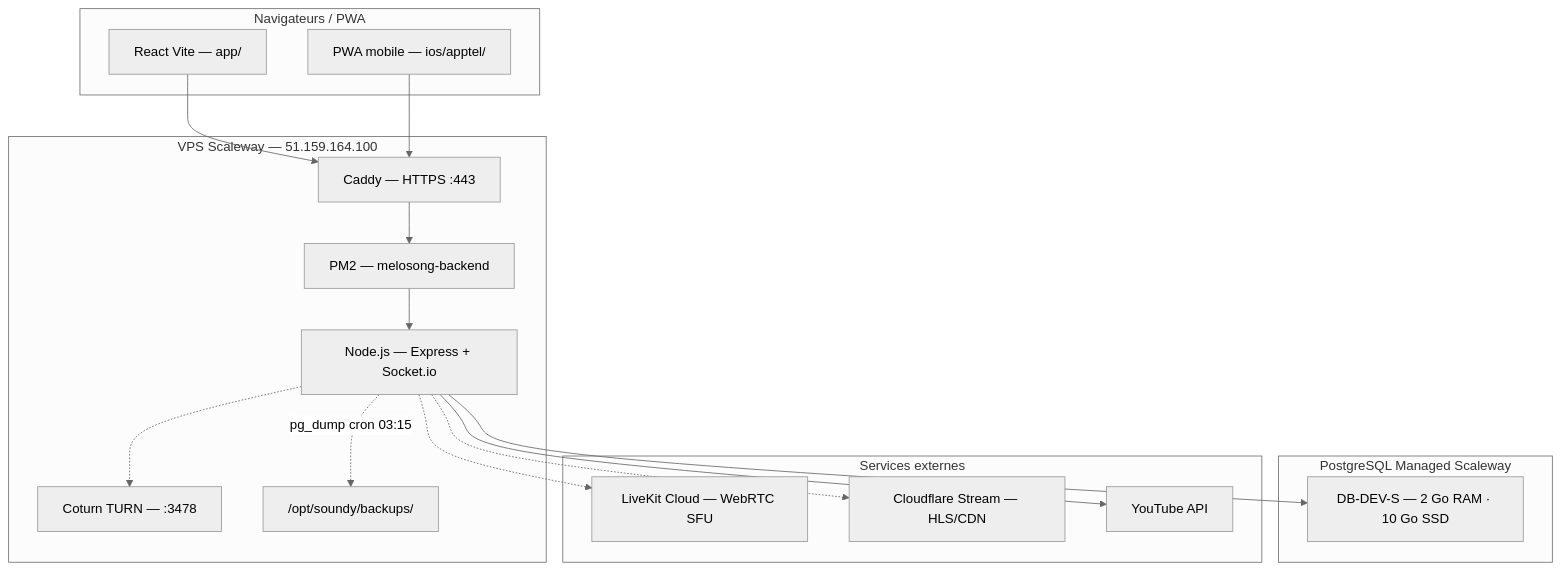
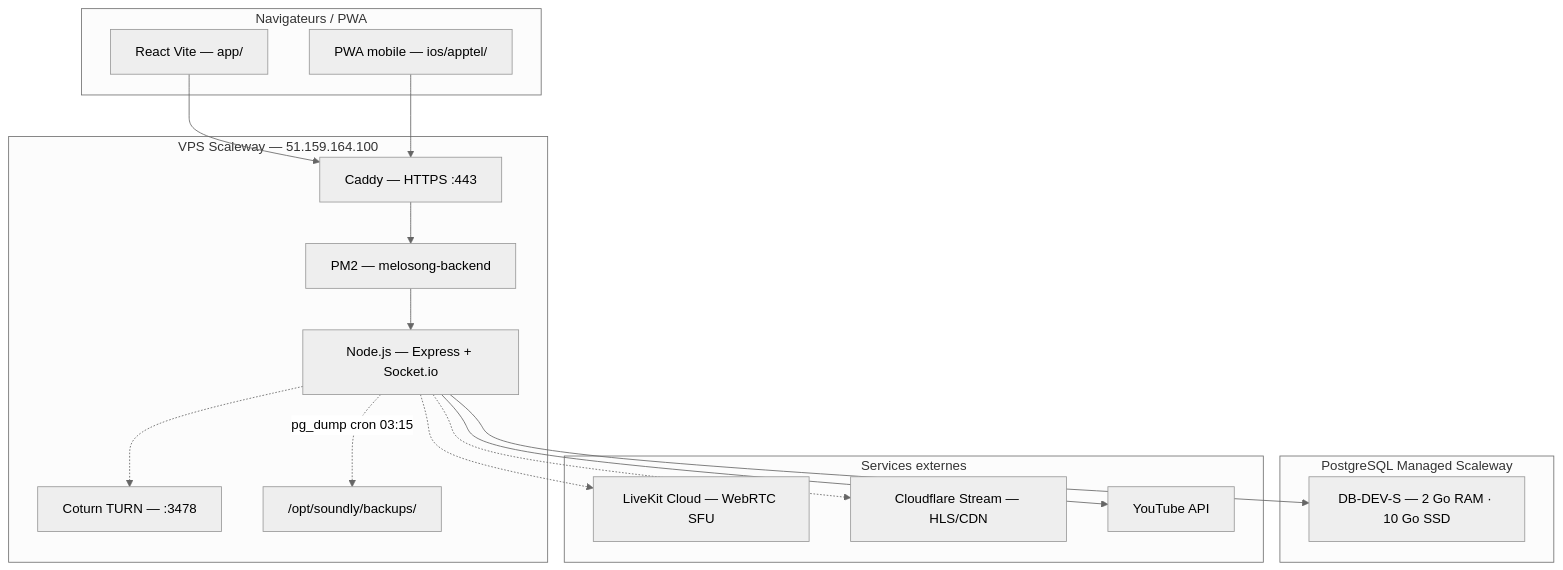
Before and after one commit to valentingoulven-creator/OnScen: the diagram in commun/docs/INFRA-SOUNDY.md, drawn with Mermaid (neutral theme). The commit also changed other lines of this file and 402 other files, not shown here.

````diff
--- a/commun/docs/INFRA-SOUNDY.md
+++ b/commun/docs/INFRA-SOUNDY.md
@@ -26,36 +26,36 @@
 ```mermaid
 flowchart TB
   subgraph Client["Navigateurs / PWA"]
     Web["React Vite — app/"]
     Tel["PWA mobile — ios/apptel/"]
   end
 
   subgraph VPS["VPS Scaleway — 51.159.164.100"]
     Caddy["Caddy — HTTPS :443"]
     PM2["PM2 — melosong-backend"]
     Node["Node.js — Express + Socket.io"]
     Coturn["Coturn TURN — :3478"]
-    Backups["/opt/soundy/backups/"]
+    Backups["/opt/soundly/backups/"]
   end
 
   subgraph DB["PostgreSQL Managed Scaleway"]
     PG["DB-DEV-S — 2 Go RAM · 10 Go SSD"]
   end
 
   subgraph External["Services externes"]
     LK["LiveKit Cloud — WebRTC SFU"]
     CF["Cloudflare Stream — HLS/CDN"]
     YT["YouTube API"]
   end
 
   Web --> Caddy
   Tel --> Caddy
   Caddy --> PM2
   PM2 --> Node
   Node --> PG
   Node -.-> Coturn
   Node -.-> LK
   Node -.-> CF
   Node --> YT
   Node -.->|pg_dump cron 03:15| Backups
 ```
````
